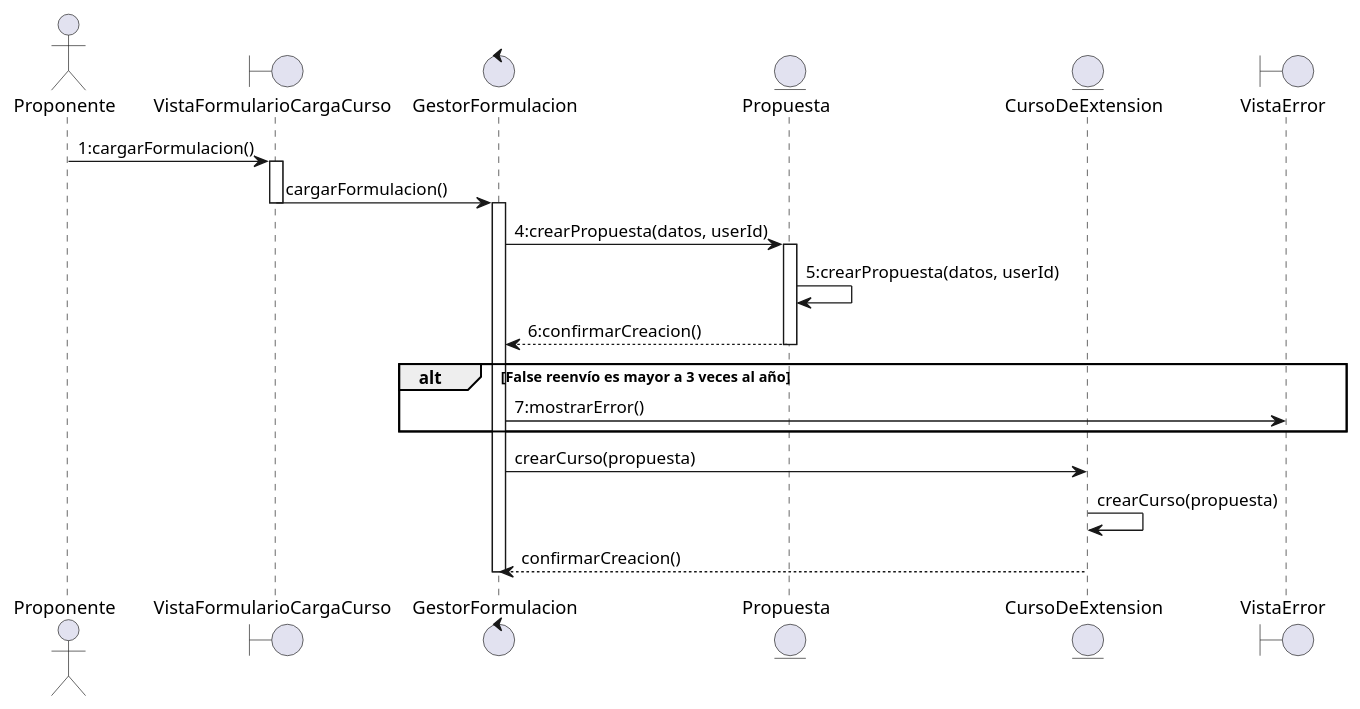
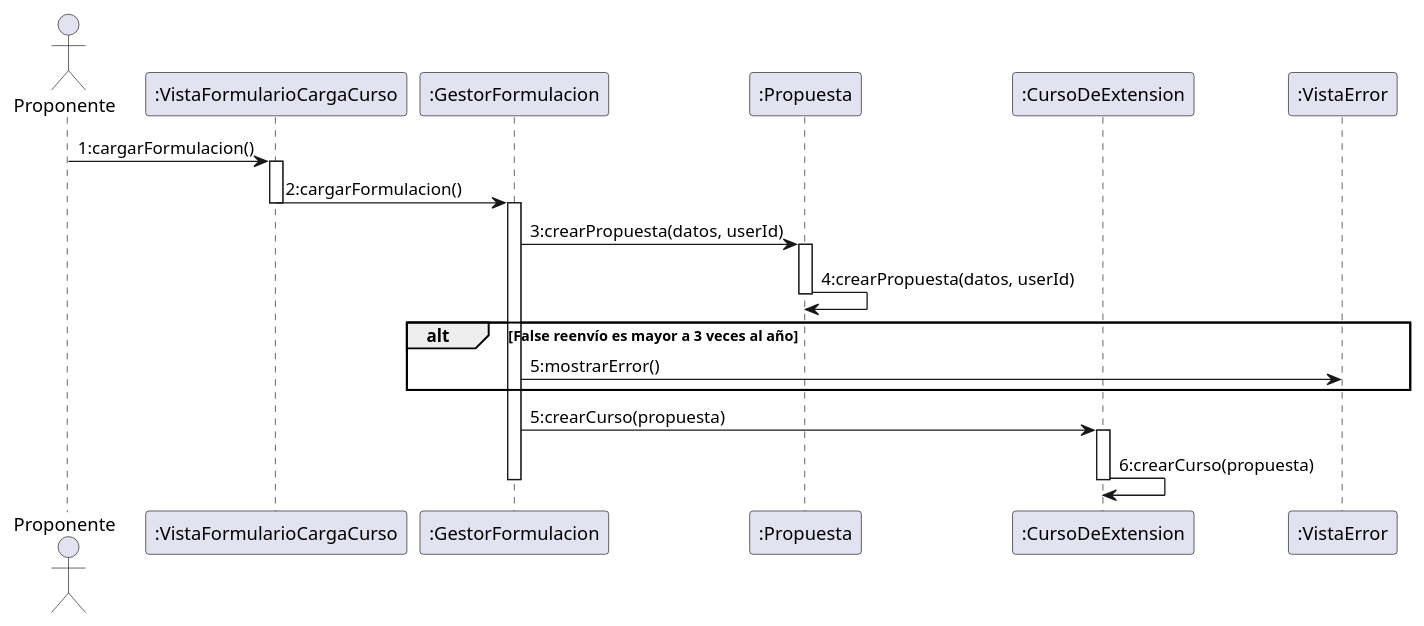
One commit to Samantha-Ramirez/ProyectoEquipo7ING changed the diagram in docs/scenariosView/DisciplinaDeDisenio/DiagramaDeSecuenciaCargarFormulacion.plantuml. Above: the diagram before and after it, drawn with PlantUML. The commit also changed 13 other files, not shown here.

```diff
--- a/docs/scenariosView/DisciplinaDeDisenio/DiagramaDeSecuenciaCargarFormulacion.plantuml
+++ b/docs/scenariosView/DisciplinaDeDisenio/DiagramaDeSecuenciaCargarFormulacion.plantuml
@@ -1,32 +1,32 @@
 @startuml DiagramaDeSecuenciaCargarFormulacion
 
 actor Proponente
-boundary VistaFormularioCargaCurso
-control GestorFormulacion
-entity Propuesta
-entity CursoDeExtension
-boundary VistaError
+participant ":VistaFormularioCargaCurso" as VistaFormularioCargaCurso
+participant ":GestorFormulacion" as GestorFormulacion
+participant ":Propuesta" as Propuesta
+participant ":CursoDeExtension" as CursoDeExtension
+participant ":VistaError" as VistaError
 
 Proponente -> VistaFormularioCargaCurso : 1:cargarFormulacion()
 activate VistaFormularioCargaCurso
-VistaFormularioCargaCurso -> GestorFormulacion : cargarFormulacion()
+VistaFormularioCargaCurso -> GestorFormulacion : 2:cargarFormulacion()
 deactivate VistaFormularioCargaCurso
 
 activate GestorFormulacion
-GestorFormulacion -> Propuesta : 4:crearPropuesta(datos, userId)
+GestorFormulacion -> Propuesta : 3:crearPropuesta(datos, userId)
 
 activate Propuesta
-Propuesta -> Propuesta : 5:crearPropuesta(datos, userId)
-Propuesta --> GestorFormulacion : 6:confirmarCreacion()
+Propuesta -> Propuesta : 4:crearPropuesta(datos, userId)
 deactivate Propuesta
 
 alt False reenvío es mayor a 3 veces al año
-GestorFormulacion -> VistaError : 7:mostrarError()
+GestorFormulacion -> VistaError : 5:mostrarError()
 end
 
-GestorFormulacion -> CursoDeExtension : crearCurso(propuesta)
-CursoDeExtension -> CursoDeExtension : crearCurso(propuesta)
-CursoDeExtension --> GestorFormulacion : confirmarCreacion()
+GestorFormulacion -> CursoDeExtension : 5:crearCurso(propuesta)
+activate CursoDeExtension
+CursoDeExtension -> CursoDeExtension : 6:crearCurso(propuesta)
+deactivate CursoDeExtension
 deactivate GestorFormulacion
 
 @enduml
```
